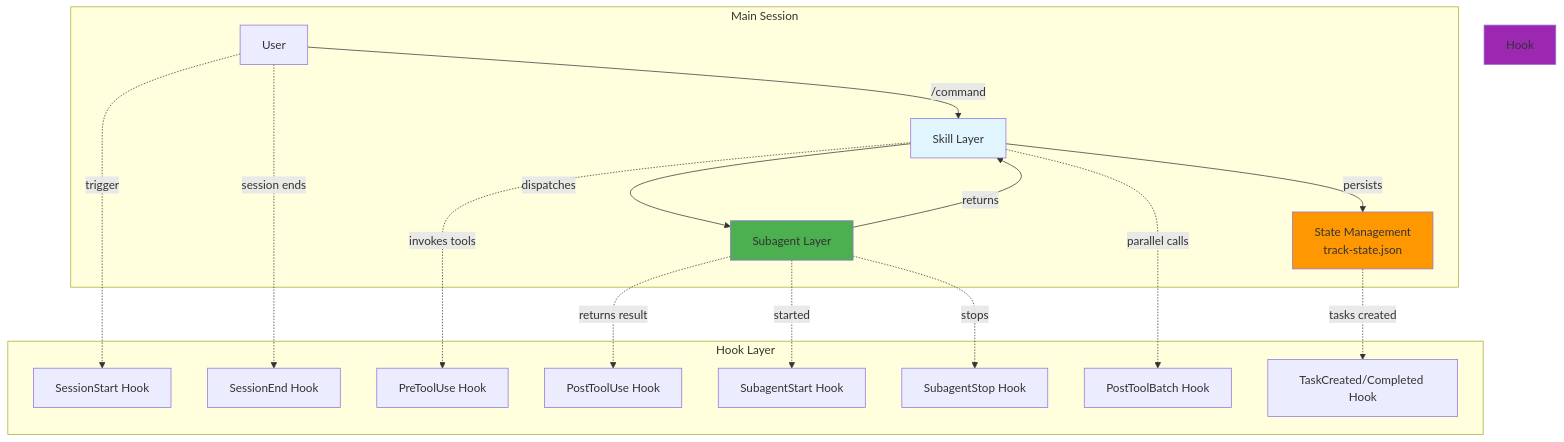
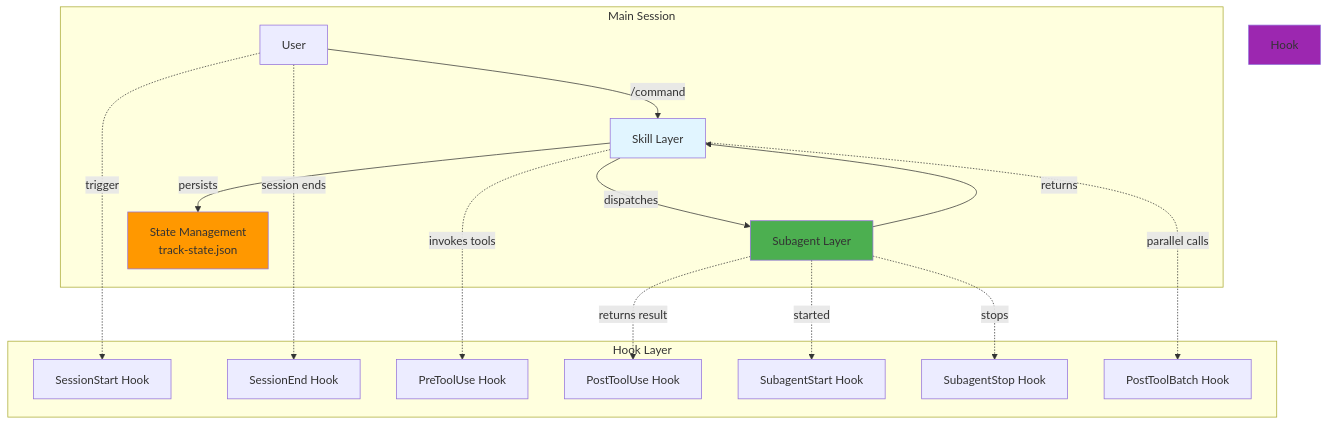
The first of 9 diagrams in developer/architecture/INTERACTION_MECHANISM.md (AtaraxiaEpiphany/conductor), drawn with Mermaid before and after one commit. The commit also changed other lines of this file and 22 other files, not shown here.

````diff
--- a/developer/architecture/INTERACTION_MECHANISM.md
+++ b/developer/architecture/INTERACTION_MECHANISM.md
@@ -20,34 +20,32 @@
 ```mermaid
 graph TB
     subgraph "Main Session"
         User[User] -->|/command| Skill[Skill Layer]
         Skill -->|dispatches| Subagent[Subagent Layer]
         Subagent -->|returns| Skill
         Skill -->|persists| State[State Management<br/>track-state.json]
     end
 
     subgraph "Hook Layer"
         SessionStart[SessionStart Hook]
         SessionEnd[SessionEnd Hook]
         PreTool[PreToolUse Hook]
         PostTool[PostToolUse Hook]
         SubagentStart[SubagentStart Hook]
         SubagentStop[SubagentStop Hook]
         BatchComplete[PostToolBatch Hook]
-        TaskEvent[TaskCreated/Completed Hook]
     end
 
     User -.->|trigger| SessionStart
     Skill -.->|invokes tools| PreTool
     Subagent -.->|started| SubagentStart
     Subagent -.->|returns result| PostTool
     Skill -.->|parallel calls| BatchComplete
-    State -.->|tasks created| TaskEvent
     Subagent -.->|stops| SubagentStop
     User -.->|session ends| SessionEnd
 
     style Skill fill:#e1f5ff
     style Subagent fill:#4caf50
     style State fill:#ff9800
     style Hook fill:#9c27b0
 ```
````
